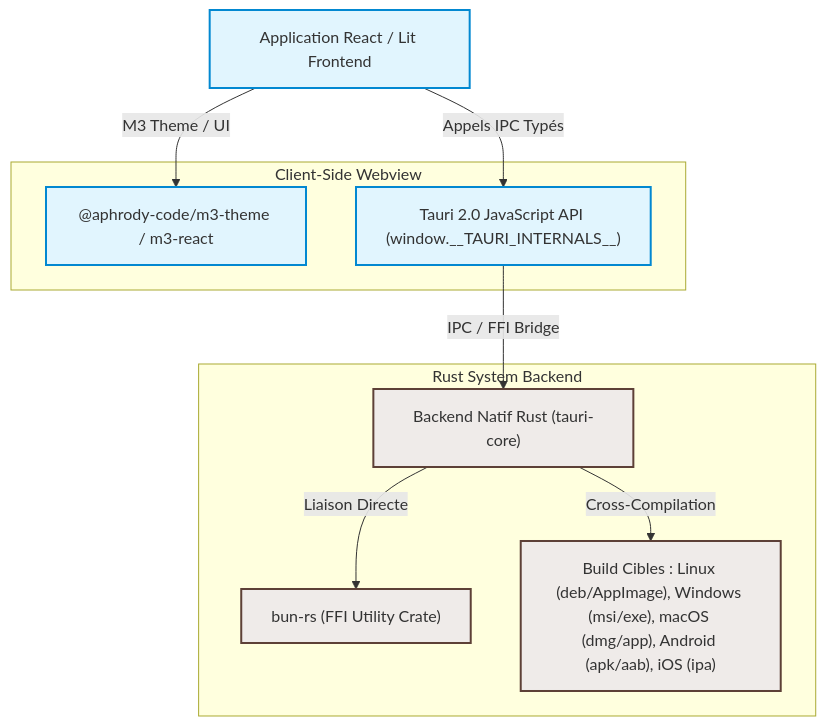
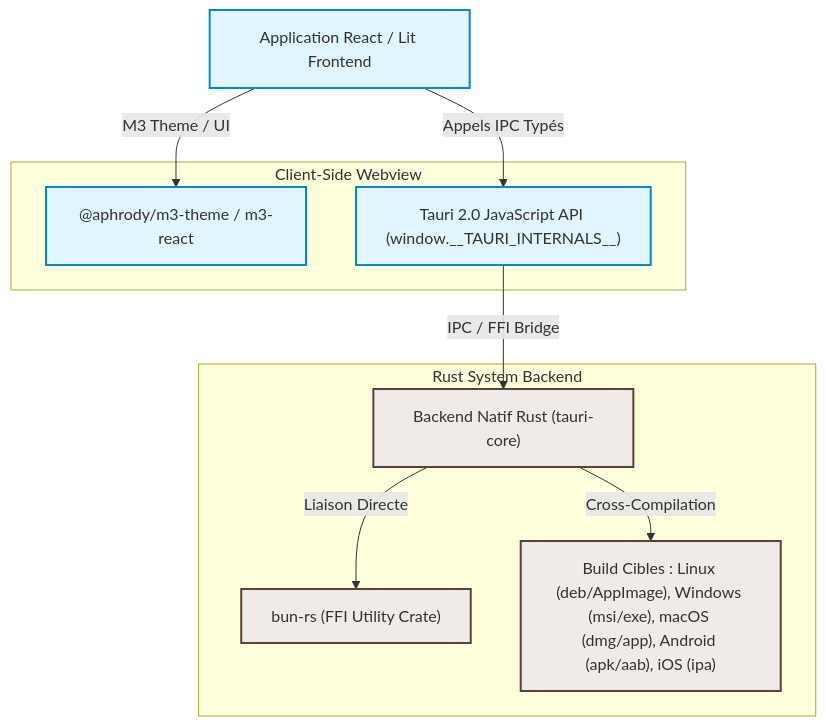
Before and after one commit to aphrody-code/aphrody: the diagram in packages/material-web/docs/tauri/README.md, drawn with Mermaid. The commit also changed 201 other files, not shown here.

First line of the commit message:
feat(m3): rename @aphrody-code/* M3 packages to @aphrody/* and publish to npm

````diff
--- a/packages/material-web/docs/tauri/README.md
+++ b/packages/material-web/docs/tauri/README.md
@@ -23,22 +23,22 @@
 ```mermaid
 graph TD
-    ReactApp["Application React / Lit Frontend"] -->|M3 Theme / UI| UIComponents["@aphrody-code/m3-theme / m3-react"]
+    ReactApp["Application React / Lit Frontend"] -->|M3 Theme / UI| UIComponents["@aphrody/m3-theme / m3-react"]
     ReactApp -->|Appels IPC Typés| TauriClient["Tauri 2.0 JavaScript API (window.__TAURI_INTERNALS__)"]
     
     subgraph Client-Side Webview
         UIComponents
         TauriClient
     end
     
     TauriClient -->|IPC / FFI Bridge| TauriRust["Backend Natif Rust (tauri-core)"]
     
     subgraph Rust System Backend
         TauriRust -->|Liaison Directe| BunRS["bun-rs (FFI Utility Crate)"]
         TauriRust -->|Cross-Compilation| NativeBuilds["Build Cibles : Linux (deb/AppImage), Windows (msi/exe), macOS (dmg/app), Android (apk/aab), iOS (ipa)"]
     end
     
     classDef frontend fill:#e1f5fe,stroke:#0288d1,stroke-width:2px;
     classDef backend fill:#efebe9,stroke:#5d4037,stroke-width:2px;
     class ReactApp,UIComponents,TauriClient frontend;
     class TauriRust,BunRS,NativeBuilds backend;
 ```
````
